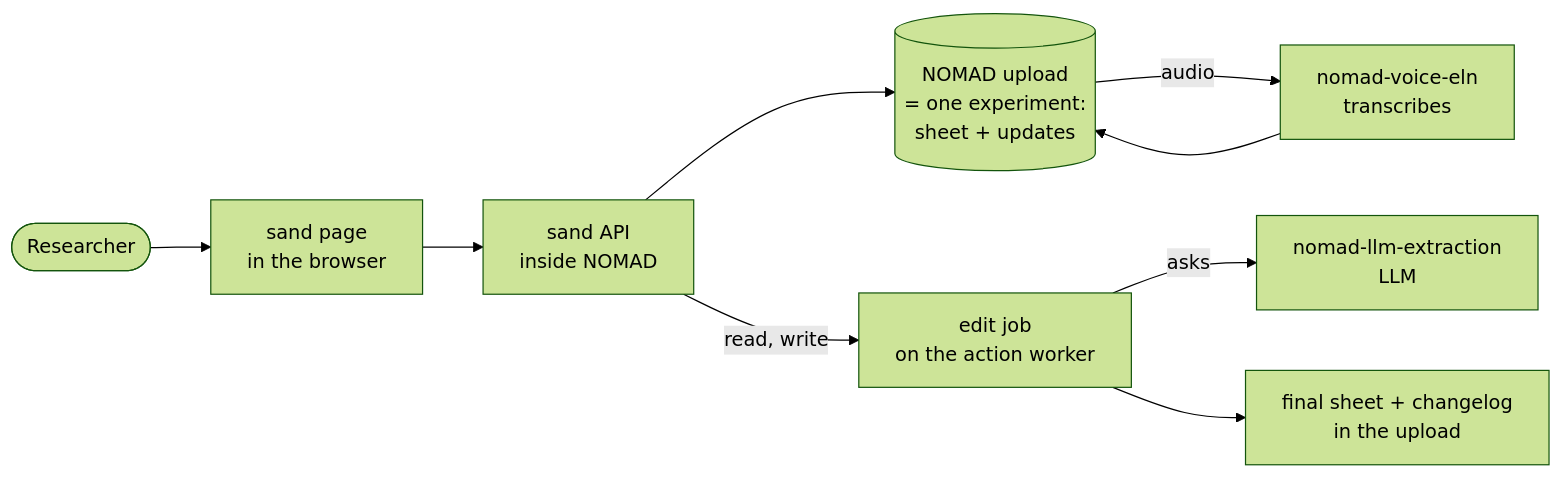
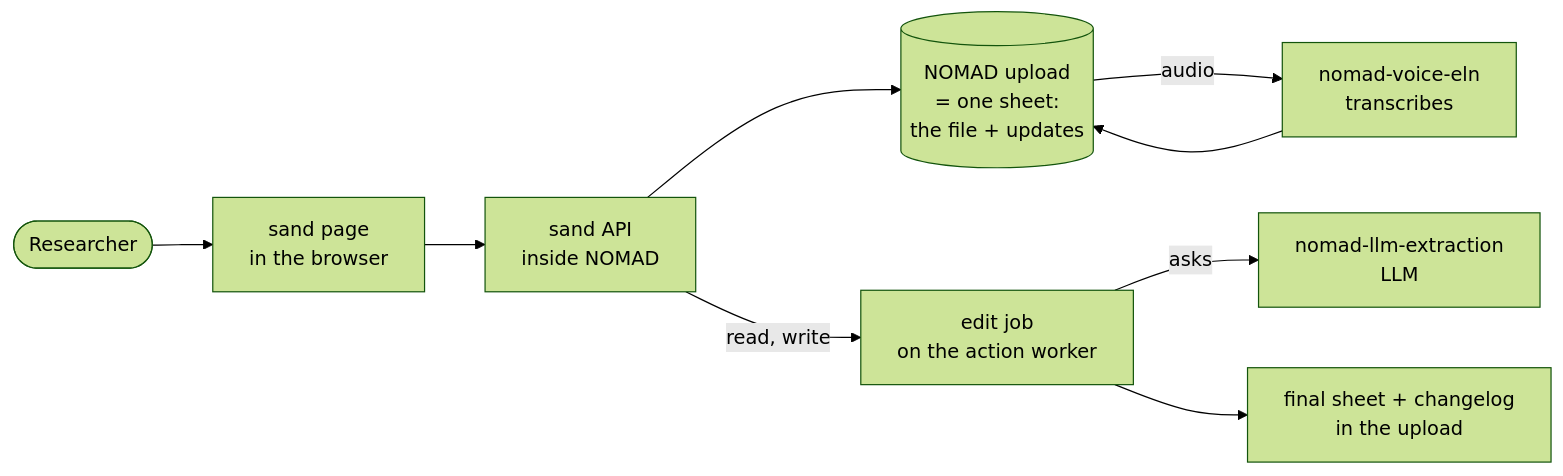
One commit to FAIRmat-NFDI/sand changed the diagram in README.md. Above: the diagram before and after it, drawn with Mermaid (forest theme). The commit also changed other lines of this file and 11 other files, not shown here.

First line of the commit message:
The Sheet card is the Edits card; the word experiment leaves the page; the sheet-summary endpoint goes

````diff
--- a/README.md
+++ b/README.md
@@ -28,11 +28,11 @@
 ```mermaid
 flowchart LR
     user([Researcher]) --> ui[sand page<br/>in the browser]
     ui --> api[sand API<br/>inside NOMAD]
-    api --> upload[(NOMAD upload<br/>= one experiment:<br/>sheet + updates)]
+    api --> upload[(NOMAD upload<br/>= one sheet:<br/>the file + updates)]
     upload -- audio --> eln[nomad-voice-eln<br/>transcribes]
     eln --> upload
     api -- read, write --> job[edit job<br/>on the action worker]
     job -- asks --> llm[nomad-llm-extraction<br/>LLM]
     job --> result[final sheet + changelog<br/>in the upload]
 ```
````
